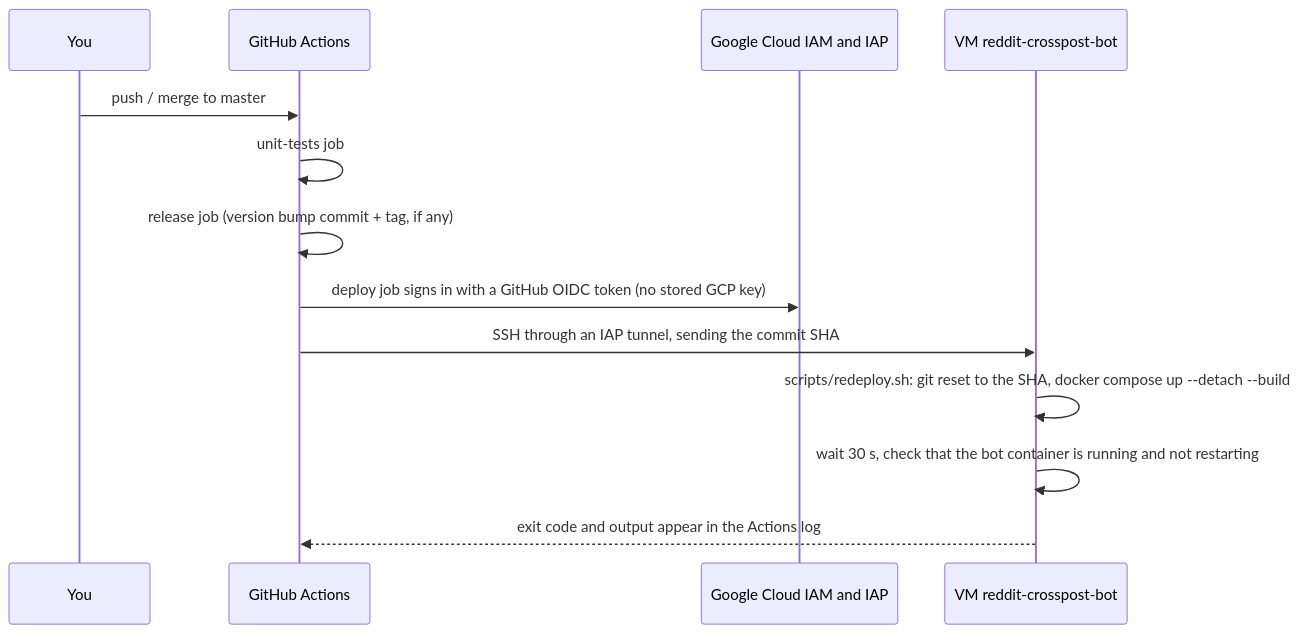
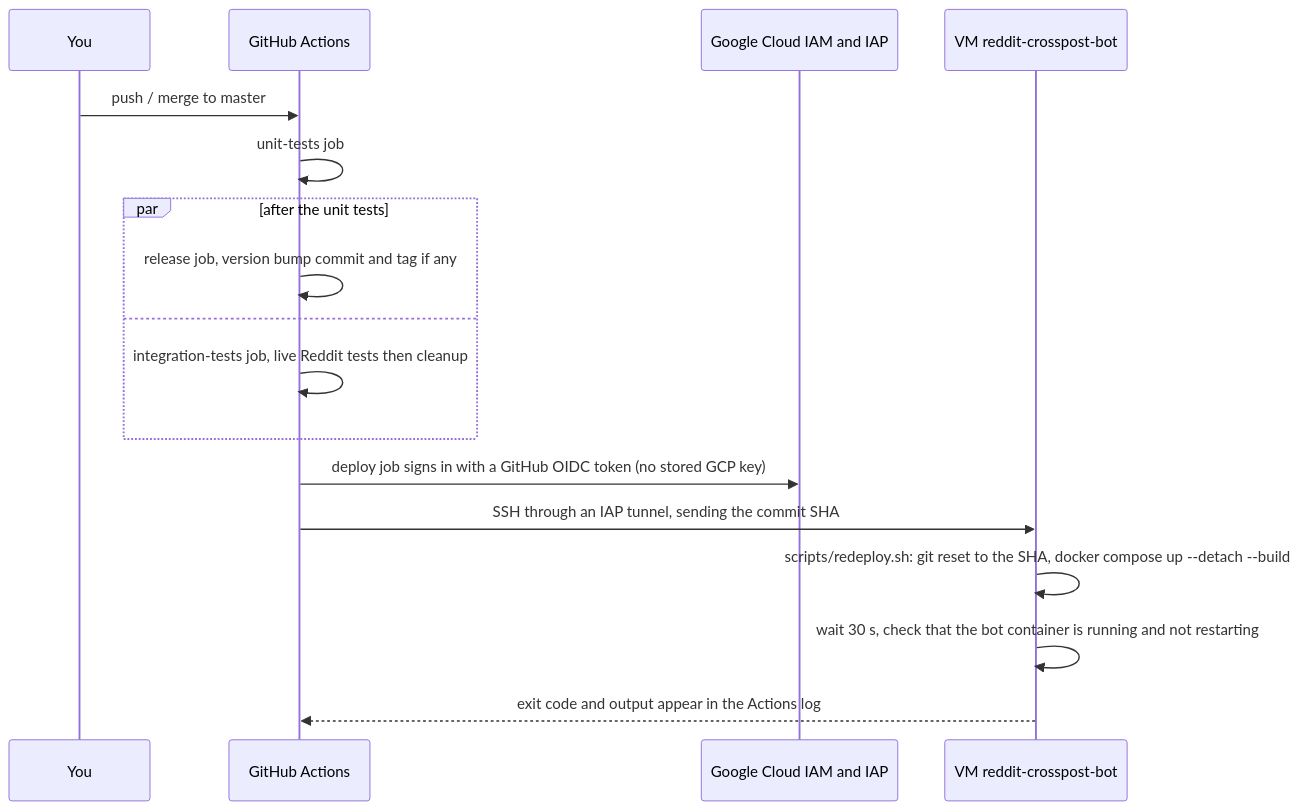
One commit to Toldry/RedditAutoCrosspostBot changed the diagram in docs/auto-deploy.md. Above: the diagram before and after it, drawn with Mermaid. The commit also changed other lines of this file and 7 other files, not shown here.

First line of the commit message:
ci: require the live integration tests and their cleanup before deploying

````diff
--- a/docs/auto-deploy.md
+++ b/docs/auto-deploy.md
@@ -26,15 +26,19 @@
 ```mermaid
 sequenceDiagram
     participant Dev as You
     participant GH as GitHub Actions
     participant GCP as Google Cloud IAM and IAP
     participant VM as VM reddit-crosspost-bot
     Dev->>GH: push / merge to master
     GH->>GH: unit-tests job
-    GH->>GH: release job (version bump commit + tag, if any)
+    par after the unit tests
+        GH->>GH: release job, version bump commit and tag if any
+    and
+        GH->>GH: integration-tests job, live Reddit tests then cleanup
+    end
     GH->>GCP: deploy job signs in with a GitHub OIDC token (no stored GCP key)
     GH->>VM: SSH through an IAP tunnel, sending the commit SHA
     VM->>VM: scripts/redeploy.sh: git reset to the SHA, docker compose up --detach --build
     VM->>VM: wait 30 s, check that the bot container is running and not restarting
     VM-->>GH: exit code and output appear in the Actions log
 ```
````
